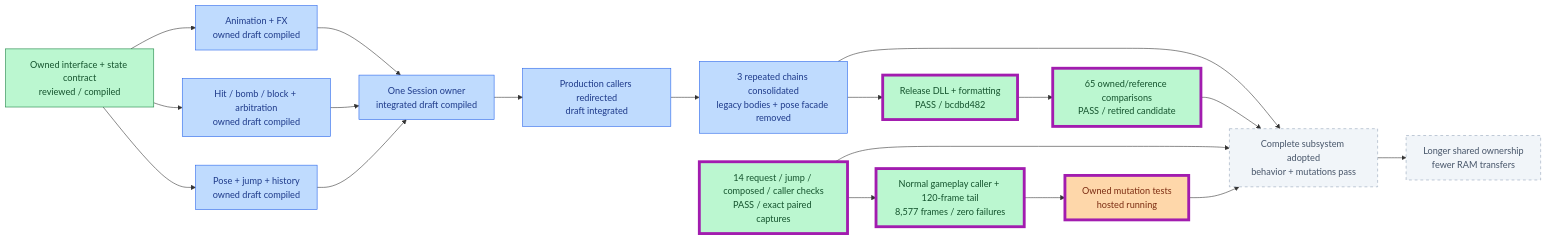
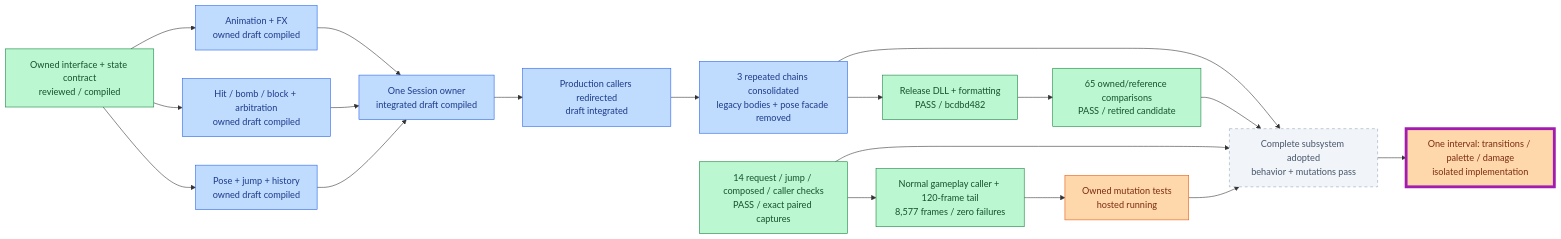
The second of 24 diagrams in PROGRESS.md (JimLundin/sm-decomp), drawn with Mermaid before and after one commit. The commit also changed 1 other file, not shown here.

Commit message:
Plan the next shared player settlement interval
Documentation-only static checks pass. Authorize isolated producer-consumer migration while current fixed candidate CI runs: transitions, palette and normal-gameplay pending damage share one owner; retire redundant transfer and damage adapters together. No main gameplay change.

````diff
--- a/PROGRESS.md
+++ b/PROGRESS.md
@@ -27,24 +27,24 @@
 ```mermaid
 flowchart LR
     DESIGN["Owned interface + state contract<br/>reviewed / compiled"]:::done --> ANIM["Animation + FX<br/>owned draft compiled"]:::draft
     DESIGN --> REQUEST["Hit / bomb / block + arbitration<br/>owned draft compiled"]:::draft
     DESIGN --> POSE["Pose + jump + history<br/>owned draft compiled"]:::draft
     ANIM --> OWNER["One Session owner<br/>integrated draft compiled"]:::draft
     REQUEST --> OWNER
     POSE --> OWNER
     OWNER --> CALLERS["Production callers redirected<br/>draft integrated"]:::draft
     CALLERS --> DELETE["3 repeated chains consolidated<br/>legacy bodies + pose facade removed"]:::draft
     DELETE --> ADOPT["Complete subsystem adopted<br/>behavior + mutations pass"]:::pending
     DELETE --> BUILD["Release DLL + formatting<br/>PASS / bcdbd482"]:::done
     BUILD --> COMPARE["65 owned/reference comparisons<br/>PASS / retired candidate"]:::done --> ADOPT
     CHECKS["14 request / jump / composed / caller checks<br/>PASS / exact paired captures"]:::done --> ADOPT
     CHECKS --> MOVIE["Normal gameplay caller + 120-frame tail<br/>8,577 frames / zero failures"]:::done
     MOVIE --> MUT["Owned mutation tests<br/>hosted running"]:::active --> ADOPT
-    ADOPT --> NEXT["Longer shared ownership<br/>fewer RAM transfers"]:::pending
-    class BUILD,COMPARE,CHECKS,MOVIE,MUT changed
+    ADOPT --> NEXT["One interval: transitions / palette / damage<br/>isolated implementation"]:::active
+    class NEXT changed
     classDef done fill:#bbf7d0,stroke:#15803d,color:#14532d
     classDef draft fill:#bfdbfe,stroke:#2563eb,color:#1e3a8a
     classDef active fill:#fed7aa,stroke:#ea580c,color:#7c2d12
     classDef pending fill:#f1f5f9,stroke:#94a3b8,color:#475569,stroke-dasharray:5 5
     classDef changed stroke:#a21caf,stroke-width:5px
 ```
````
